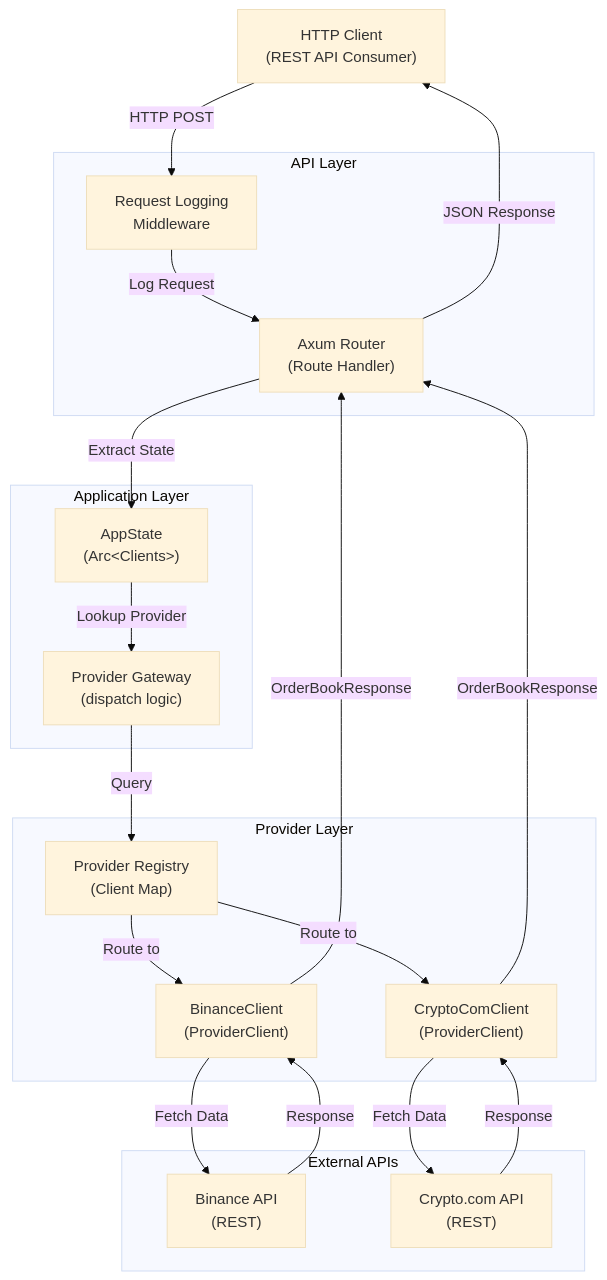
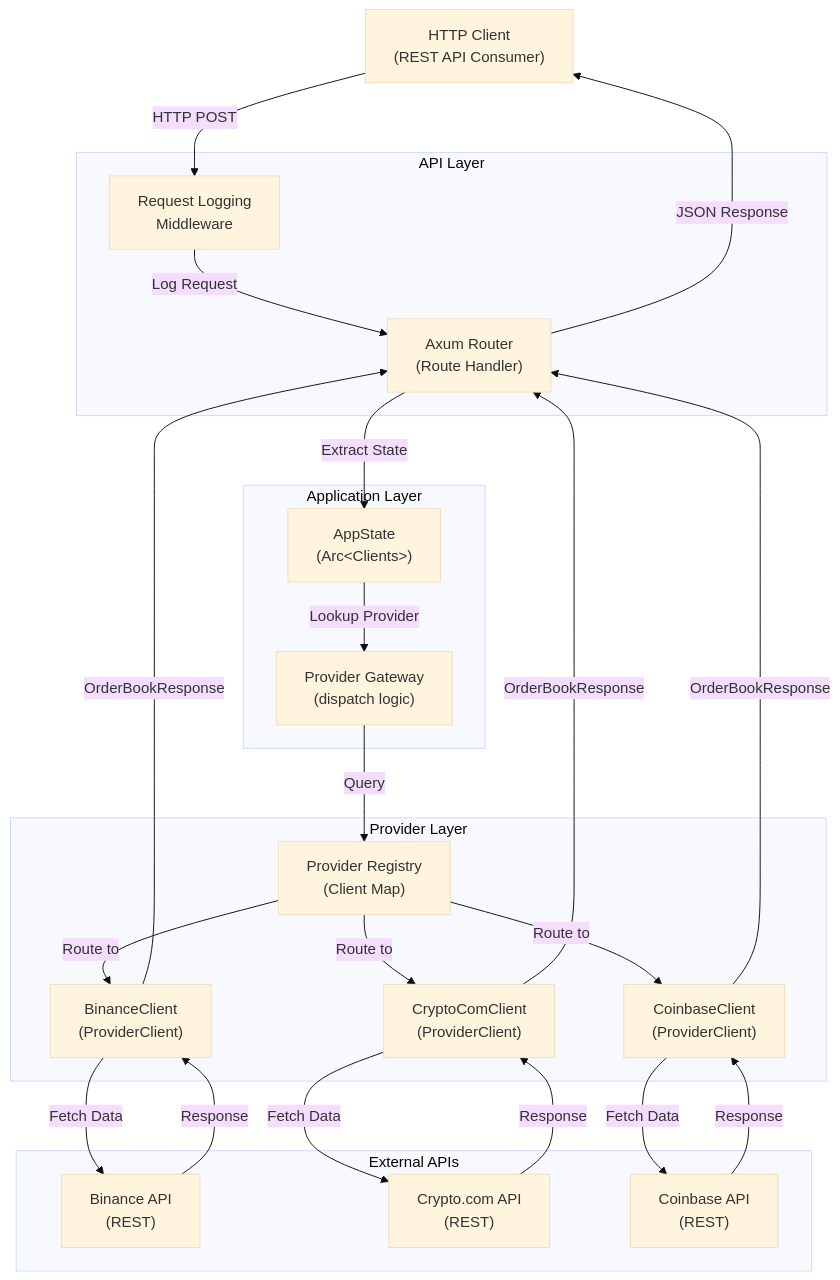
One commit to tejasvi-mehra/crypto-market-connector changed the first of 4 diagrams in README.md. Above: the diagram before and after it, drawn with Mermaid (base theme). The commit also changed other lines of this file and 1 other file, not shown here.

````diff
--- a/README.md
+++ b/README.md
@@ -21,40 +21,46 @@
 ```mermaid
 graph TB
     Client["HTTP Client<br/>(REST API Consumer)"]
     
     subgraph "API Layer"
         Router["Axum Router<br/>(Route Handler)"]
         Middleware["Request Logging<br/>Middleware"]
     end
     
     subgraph "Application Layer"
         AppState["AppState<br/>(Arc&lt;Clients&gt;)"]
         Gateway["Provider Gateway<br/>(dispatch logic)"]
     end
     
     subgraph "Provider Layer"
         Registry["Provider Registry<br/>(Client Map)"]
         BinanceImpl["BinanceClient<br/>(ProviderClient)"]
         CryptoComImpl["CryptoComClient<br/>(ProviderClient)"]
+        CoinbaseImpl["CoinbaseClient<br/>(ProviderClient)"]
     end
     
     subgraph "External APIs"
         BinanceAPI["Binance API<br/>(REST)"]
         CryptoComAPI["Crypto.com API<br/>(REST)"]
+        CoinbaseAPI["Coinbase API<br/>(REST)"]
     end
     
     Client -->|HTTP POST| Middleware
     Middleware -->|Log Request| Router
     Router -->|Extract State| AppState
     AppState -->|Lookup Provider| Gateway
     Gateway -->|Query| Registry
     Registry -->|Route to| BinanceImpl
     Registry -->|Route to| CryptoComImpl
+    Registry -->|Route to| CoinbaseImpl
     BinanceImpl -->|Fetch Data| BinanceAPI
     CryptoComImpl -->|Fetch Data| CryptoComAPI
+    CoinbaseImpl -->|Fetch Data| CoinbaseAPI
     BinanceAPI -->|Response| BinanceImpl
     CryptoComAPI -->|Response| CryptoComImpl
+    CoinbaseAPI -->|Response| CoinbaseImpl
     BinanceImpl -->|OrderBookResponse| Router
     CryptoComImpl -->|OrderBookResponse| Router
+    CoinbaseImpl -->|OrderBookResponse| Router
     Router -->|JSON Response| Client
 ```
````
